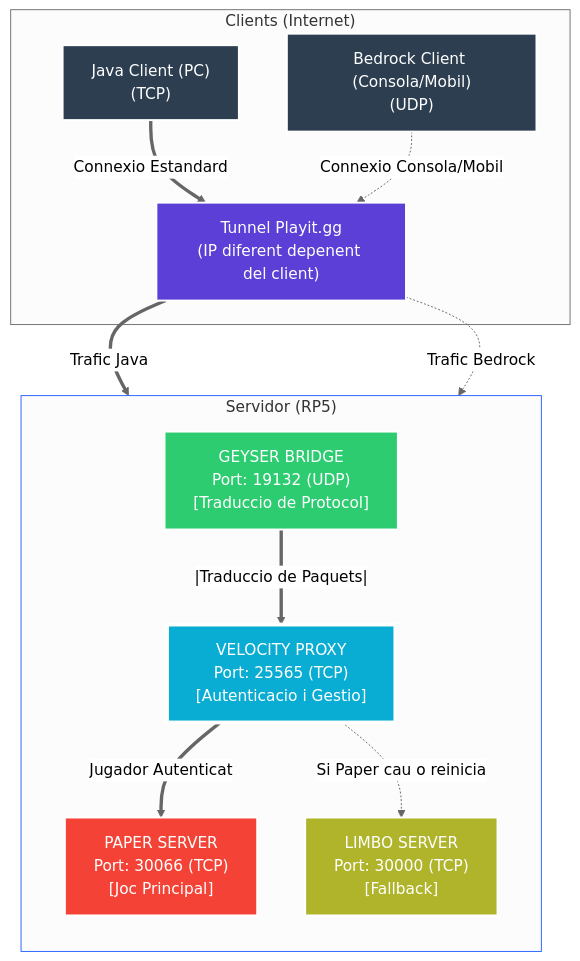
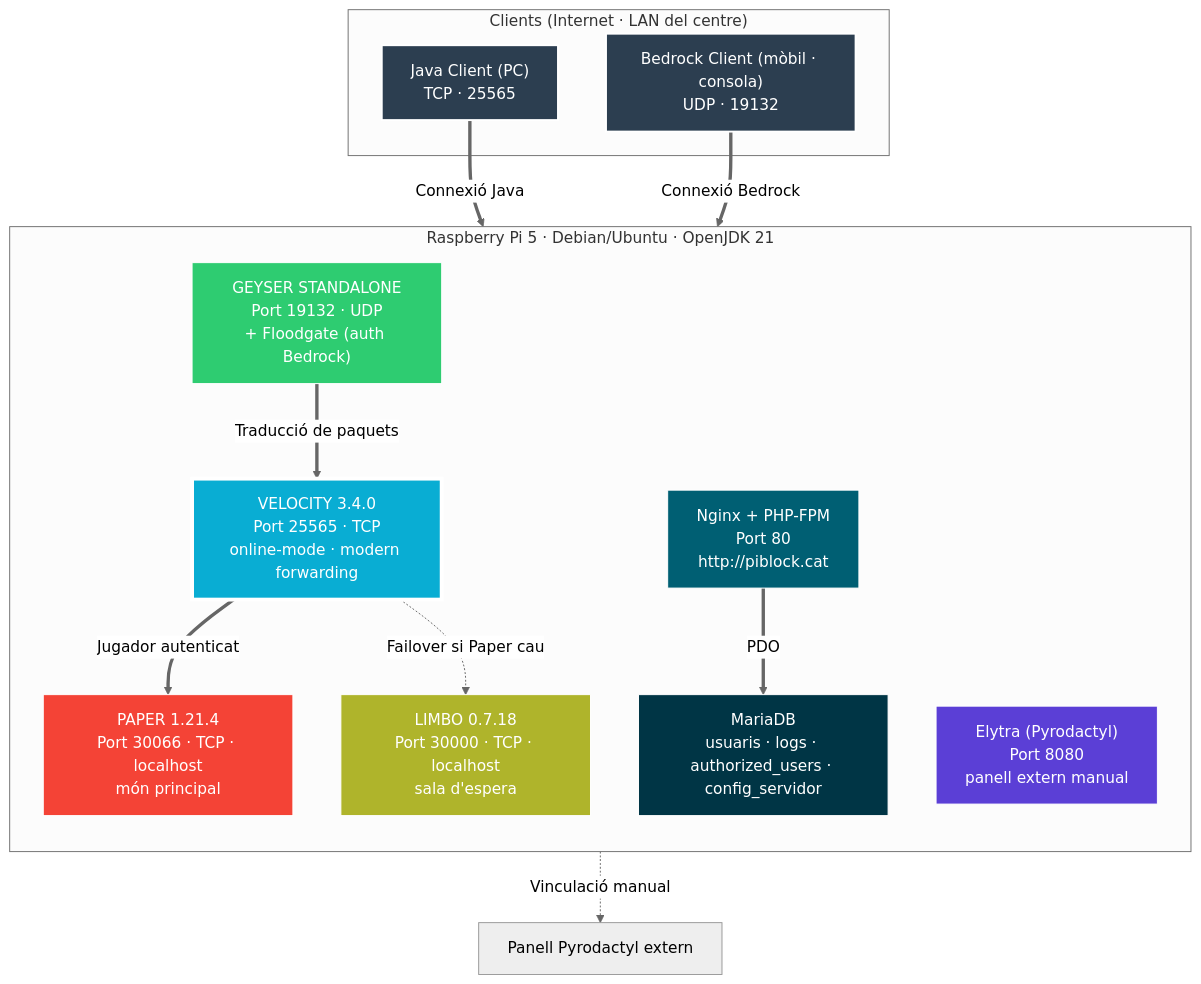
One commit to uhcv/PiBlock changed the diagram in README.md. Above: the diagram before and after it, drawn with Mermaid (neutral theme). The commit also changed other lines of this file, not shown here.

````diff
--- a/README.md
+++ b/README.md
@@ -32,38 +35,42 @@
 ```mermaid
 flowchart TB
- subgraph subGraph0["Clients (Internet)"]
-        J["Java Client (PC)<br>(TCP)"]
-        B["Bedrock Client (Consola/Mobil)<br>(UDP)"]
-        T["Tunnel Playit.gg<br>(IP diferent depenent del client)"]
+ subgraph clients["Clients (Internet · LAN del centre)"]
+        J["Java Client (PC)<br>TCP · 25565"]
+        B["Bedrock Client (mòbil · consola)<br>UDP · 19132"]
   end
- subgraph subGraph1["Servidor (RP5)"]
+ subgraph pi["Raspberry Pi 5 · Debian/Ubuntu · OpenJDK 21"]
     direction TB
-        V["VELOCITY PROXY<br>Port: 25565 (TCP)<br>[Autenticacio i Gestio]"]
-        G["GEYSER BRIDGE<br>Port: 19132 (UDP)<br>[Traduccio de Protocol]"]
-        P["PAPER SERVER<br>Port: 30066 (TCP)<br>[Joc Principal]"]
-        L["LIMBO SERVER<br>Port: 30000 (TCP)<br>[Fallback]"]
+        V["VELOCITY 3.4.0<br>Port 25565 · TCP<br>online-mode · modern forwarding"]
+        G["GEYSER STANDALONE<br>Port 19132 · UDP<br>+ Floodgate (auth Bedrock)"]
+        P["PAPER 1.21.4<br>Port 30066 · TCP · localhost<br>món principal"]
+        L["LIMBO 0.7.18<br>Port 30000 · TCP · localhost<br>sala d'espera"]
+        W["Nginx + PHP-FPM<br>Port 80<br>http://piblock.cat"]
+        E["Elytra (Pyrodactyl)<br>Port 8080<br>panell extern manual"]
+        D["MariaDB<br>usuaris · logs · authorized_users · config_servidor"]
   end
-    J == Connexio Estandard ==> T
-    B -. Connexio Consola/Mobil .-> T
-    T == Trafic Java ==> V
-    T -. Trafic Bedrock .-> G
-    G == |Traduccio de Paquets| ==> V
-    V == Jugador Autenticat ==> P
-    V -. Si Paper cau o reinicia .-> L
+    J == Connexió Java ==> V
+    B == Connexió Bedrock ==> G
+    G == Traducció de paquets ==> V
+    V == Jugador autenticat ==> P
+    V -. Failover si Paper cau .-> L
+    W == PDO ==> D
+    E -. Vinculació manual .-> Ext[Panell Pyrodactyl extern]
 
-    L@{ shape: rect}
-     J:::client
-     B:::client
-     T:::internet
-     V:::velocity
-     G:::geyser
-     P:::paper
-     L:::limbo
     classDef client fill:#2c3e50,stroke:white,color:white,stroke-width:2px
-    classDef internet fill:#5b3fd6,stroke:white,color:white,stroke-width:2px
     classDef velocity fill:#09add3,stroke:white,color:white,stroke-width:4px
-    classDef geyser fill:#2ecc71,stroke:white,color:white,stroke-width:2px
-    classDef paper fill:#F44336,stroke:white,color:white,stroke-width:2px
-    classDef limbo fill:#AFB42B,stroke:white,color:white,stroke-width:2px
-    style subGraph1 stroke:#2962FF
+    classDef geyser fill:#2ecc71,stroke:white,color:white
+    classDef paper fill:#F44336,stroke:white,color:white
+    classDef limbo fill:#AFB42B,stroke:white,color:white
+    classDef web fill:#005f73,stroke:white,color:white
+    classDef pyro fill:#5b3fd6,stroke:white,color:white
+    classDef db fill:#003545,stroke:white,color:white
+    J:::client
+    B:::client
+    V:::velocity
+    G:::geyser
+    P:::paper
+    L:::limbo
+    W:::web
+    E:::pyro
+    D:::db
 ```
````
